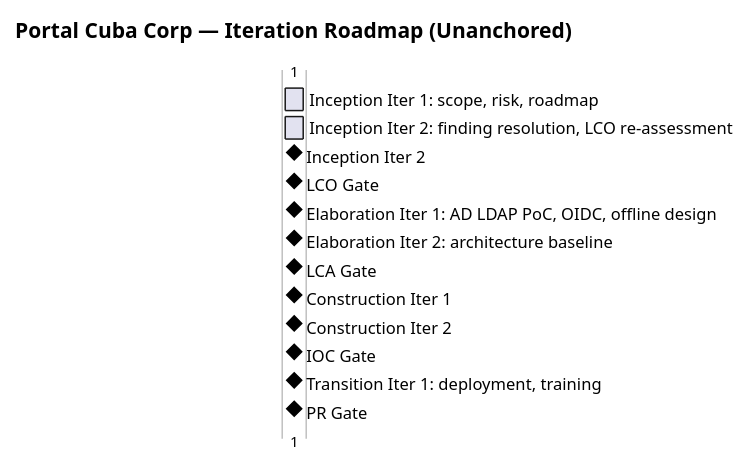
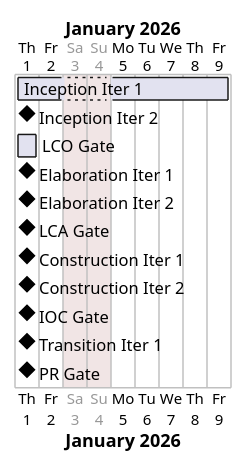
One commit to banense-test/portal-cuba-corp changed the first of 2 diagrams in docs/artifacts/project-management/iteration-plan.md. Above: the diagram before and after it, drawn with PlantUML. The commit also changed other lines of this file, not shown here.

First line of the commit message:
Project Manager [E1]: upsert Iteration Plan

````diff
--- a/docs/artifacts/project-management/iteration-plan.md
+++ b/docs/artifacts/project-management/iteration-plan.md
@@ -47,31 +50,32 @@
 ```plantuml
 @startgantt
-title Portal Cuba Corp — Iteration Roadmap (Unanchored)
+project starts the 1st of january 2026
+saturday are closed
+sunday are closed
 
-[Inception Iter 1: scope, risk, roadmap] lasts 1 days
-[Inception Iter 2: finding resolution, LCO re-assessment] lasts 1 days
-[Inception Iter 2] happens at [Inception Iter 1: scope, risk, roadmap]'s end
-[LCO Gate] lasts 2 days
-[LCO Gate] happens at [Inception Iter 2]'s end
+[Inception Iter 1] lasts 7 days
+[Inception Iter 2] lasts 7 days
+[LCO Gate] lasts 1 day
+[Inception Iter 2] happens at [LCO Gate]'s end
 
-[Elaboration Iter 1: AD LDAP PoC, OIDC, offline design] lasts 1 days
-[Elaboration Iter 1: AD LDAP PoC, OIDC, offline design] happens at [LCO Gate]'s end
-[Elaboration Iter 2: architecture baseline] lasts 1 days
-[Elaboration Iter 2: architecture baseline] happens at [Elaboration Iter 1: AD LDAP PoC, OIDC, offline design]'s end
+[Elaboration Iter 1] lasts 14 days
+[Elaboration Iter 1] happens at [LCO Gate]'s end
+[Elaboration Iter 2] lasts 14 days
+[Elaboration Iter 2] happens at [Elaboration Iter 1]'s end
 [LCA Gate] lasts 2 days
-[LCA Gate] happens at [Elaboration Iter 2: architecture baseline]'s end
+[LCA Gate] happens at [Elaboration Iter 2]'s end
 
-[Construction Iter 1] lasts 1 days
+[Construction Iter 1] lasts 30 days
 [Construction Iter 1] happens at [LCA Gate]'s end
-[Construction Iter 2] lasts 1 days
+[Construction Iter 2] lasts 30 days
 [Construction Iter 2] happens at [Construction Iter 1]'s end
 [IOC Gate] lasts 2 days
 [IOC Gate] happens at [Construction Iter 2]'s end
 
-[Transition Iter 1: deployment, training] lasts 1 days
-[Transition Iter 1: deployment, training] happens at [IOC Gate]'s end
-[PR Gate] lasts 2 days
-[PR Gate] happens at [Transition Iter 1: deployment, training]'s end
+[Transition Iter 1] lasts 14 days
+[Transition Iter 1] happens at [IOC Gate]'s end
+[PR Gate] lasts 1 day
+[PR Gate] happens at [Transition Iter 1]'s end
 
 @endgantt
 ```
````
